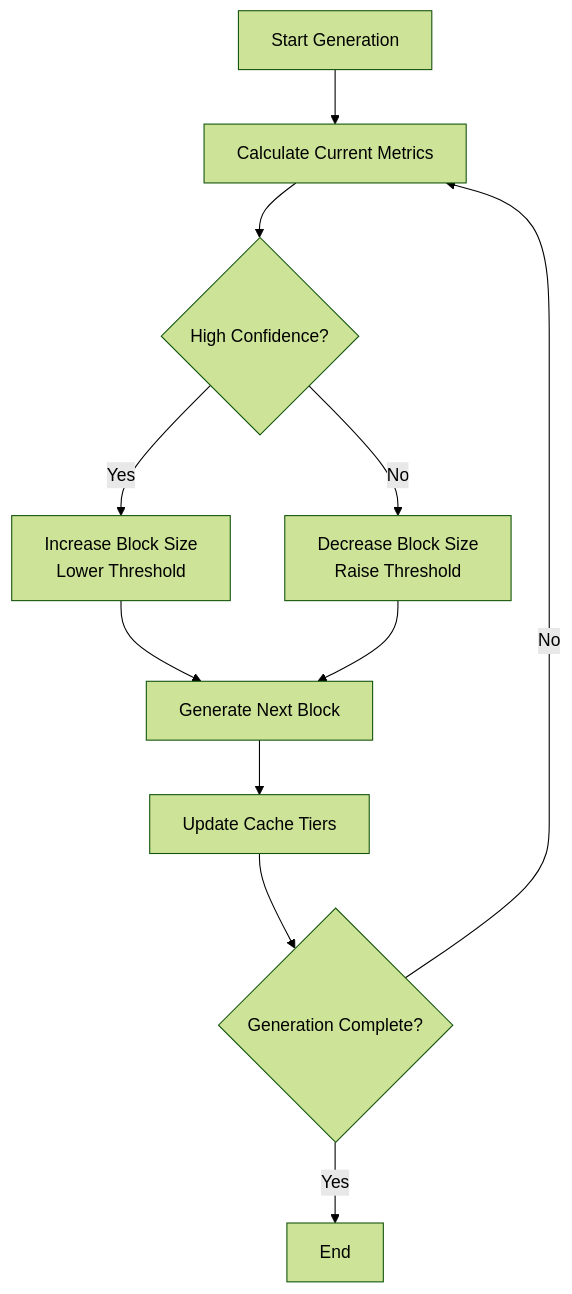
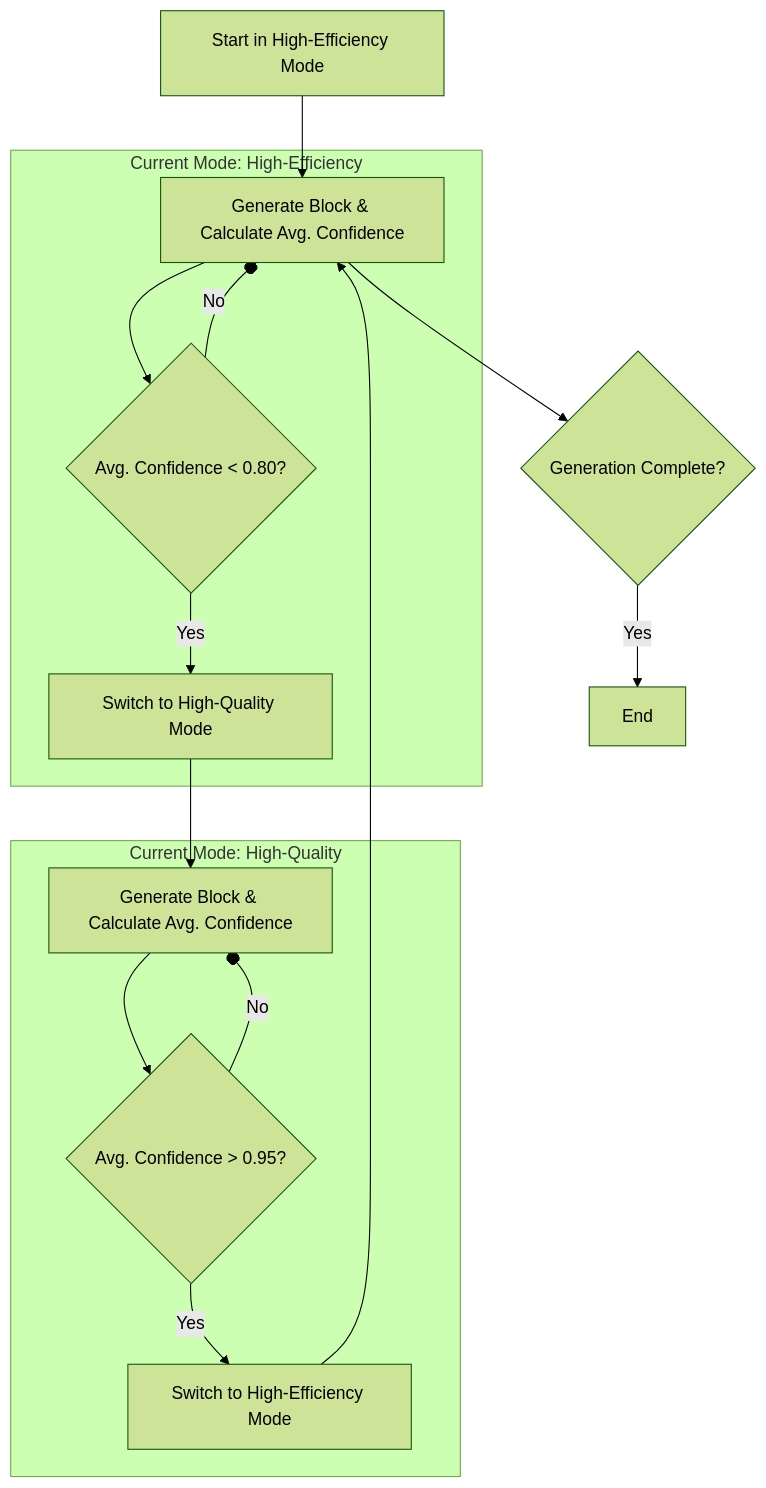
One commit to rkawamura0483/DRS changed the diagram in README_ADAPTIVE_SCHEDULING.md. Above: the diagram before and after it, drawn with Mermaid (forest theme). The commit also changed other lines of this file and 1 other file, not shown here.

````diff
--- a/README_ADAPTIVE_SCHEDULING.md
+++ b/README_ADAPTIVE_SCHEDULING.md
@@ -35,13 +43,23 @@
 ```mermaid
 graph TD
-    A[Start Generation] --> B[Calculate Current Metrics]
-    B --> C{High Confidence?}
-    C -->|Yes| D[Increase Block Size<br/>Lower Threshold]
-    C -->|No| E[Decrease Block Size<br/>Raise Threshold]
-    D --> F[Generate Next Block]
-    E --> F
-    F --> G[Update Cache Tiers]
-    G --> H{Generation Complete?}
-    H -->|No| B
-    H -->|Yes| I[End]
+    A[Start in High-Efficiency Mode] --> B[Generate Block & Calculate Avg. Confidence]
+    
+    subgraph "Current Mode: High-Efficiency"
+        B --> C{"Avg. Confidence < 0.80?"};
+        C --o|No| B;
+        C -->|Yes| D[Switch to High-Quality Mode];
+    end
+
+    D --> E[Generate Block & Calculate Avg. Confidence];
+    
+    subgraph "Current Mode: High-Quality"
+        E --> F{"Avg. Confidence > 0.95?"};
+        F --o|No| E;
+        F -->|Yes| G[Switch to High-Efficiency Mode];
+    end
+
+    G --> B
+    B --> H{Generation Complete?};
+    H -->|Yes| I[End];
+
 ```
````
